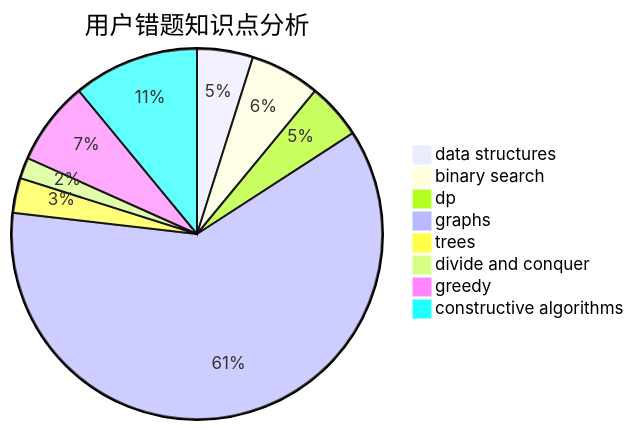
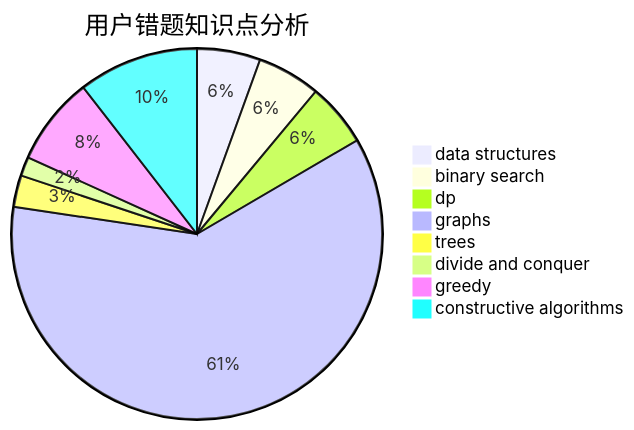
Before and after one commit to sherpahu/cfrs.github.io: the third of 3 diagrams in docs/user/u1021.md, drawn with Mermaid. The commit also changed other lines of this file and 2770 other files, not shown here.

````diff
--- a/docs/user/u1021.md
+++ b/docs/user/u1021.md
@@ -36,11 +36,11 @@
 ```mermaid
 pie title 用户错题知识点分析
-    "data structures" :  8
+    "data structures" :  10
     "binary search" :  10
-    "dp" :  8
-    "graphs" :  100
+    "dp" :  10
+    "graphs" :  110
     "trees" :  5
     "divide and conquer" :  3
-    "greedy" :  12
-    "constructive algorithms" :  18
+    "greedy" :  14
+    "constructive algorithms" :  19
 ```
````
